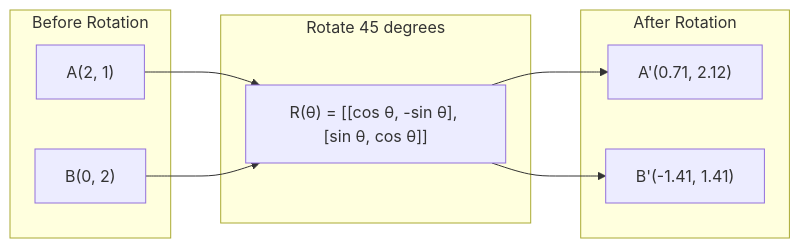
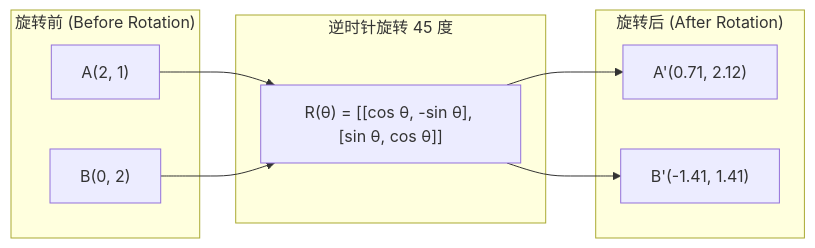
The second of 7 diagrams in phases/01-math-foundations/03-matrix-transformations/docs/zh-CN.md (SmallMX/ai-engineering-from-scratch), drawn with Mermaid before and after one commit. The commit also changed other lines of this file and 1 other file, not shown here.

````diff
--- a/phases/01-math-foundations/03-matrix-transformations/docs/zh-CN.md
+++ b/phases/01-math-foundations/03-matrix-transformations/docs/zh-CN.md
@@ -64,16 +64,16 @@
 ```mermaid
 graph LR
-    subgraph Before["Before Rotation"]
+    subgraph Before["旋转前 (Before Rotation)"]
         A["A(2, 1)"]
         B["B(0, 2)"]
     end
-    subgraph Rot["Rotate 45 degrees"]
+    subgraph Rot["逆时针旋转 45 度"]
         R["R(θ) = [[cos θ, -sin θ], [sin θ, cos θ]]"]
     end
-    subgraph After["After Rotation"]
+    subgraph After["旋转后 (After Rotation)"]
         Ap["A'(0.71, 2.12)"]
         Bp["B'(-1.41, 1.41)"]
     end
     A --> R --> Ap
     B --> R --> Bp
 ```
````
